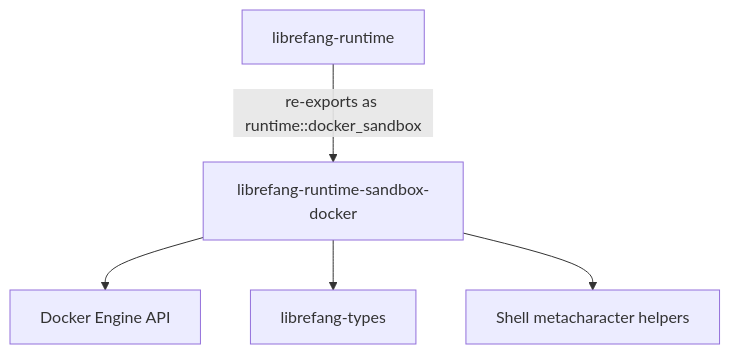
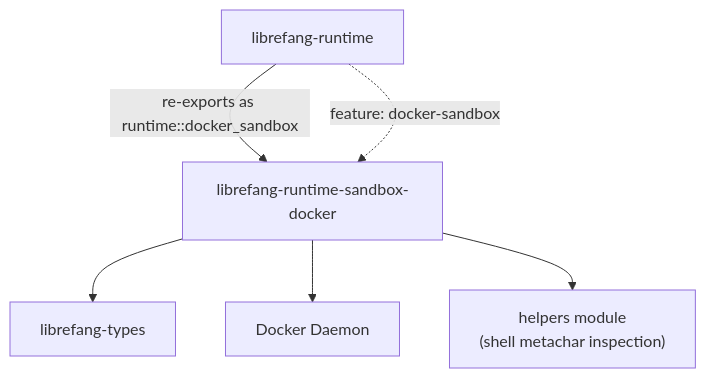
The diagram in other-librefang-runtime-sandbox-docker.md (leszek3737/librefang-WIki), drawn with Mermaid before and after one commit. The commit also changed other lines of this file and 126 other files, not shown here.

````diff
--- a/other-librefang-runtime-sandbox-docker.md
+++ b/other-librefang-runtime-sandbox-docker.md
@@ -21,7 +15,8 @@
 ```mermaid
 graph TD
     A[librefang-runtime] -->|"re-exports as runtime::docker_sandbox"| B[librefang-runtime-sandbox-docker]
-    B --> C[Docker Engine API]
-    B --> D[librefang-types]
-    B --> E["Shell metacharacter helpers"]
+    B --> C[librefang-types]
+    B --> D[Docker Daemon]
+    B --> E["helpers module<br/>(shell metachar inspection)"]
+    A -.->|feature: docker-sandbox| B
 ```
````
